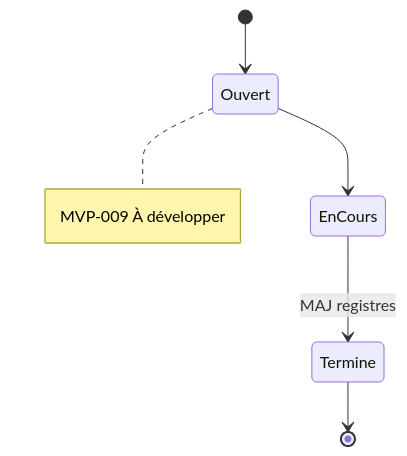
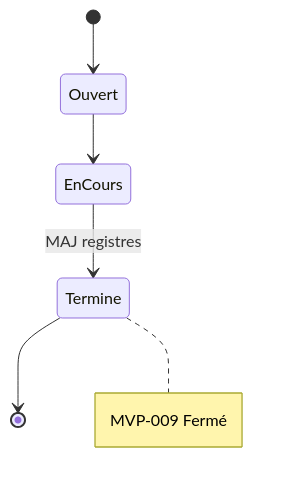
The second of 2 diagrams in docs/runtime/11_BACKLOG.md (JavaChrist/Tai-Chi-AI-Coach), drawn with Mermaid before and after one commit. The commit also changed other lines of this file and 22 other files, not shown here.

````diff
--- a/docs/runtime/11_BACKLOG.md
+++ b/docs/runtime/11_BACKLOG.md
@@ -69,8 +69,8 @@
 ```mermaid
 stateDiagram-v2
   [*] --> Ouvert
   Ouvert --> EnCours
   EnCours --> Termine: MAJ registres
   Termine --> [*]
-  note right of Ouvert: MVP-009 À développer
+  note right of Termine: MVP-009 Fermé
 ```
````
